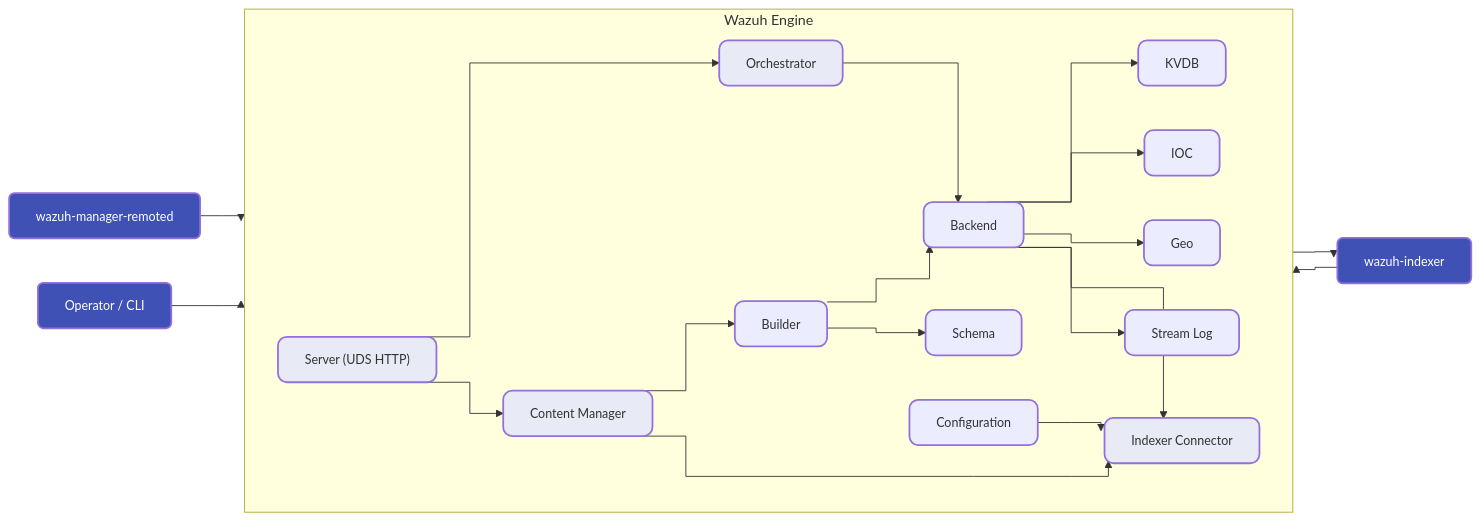
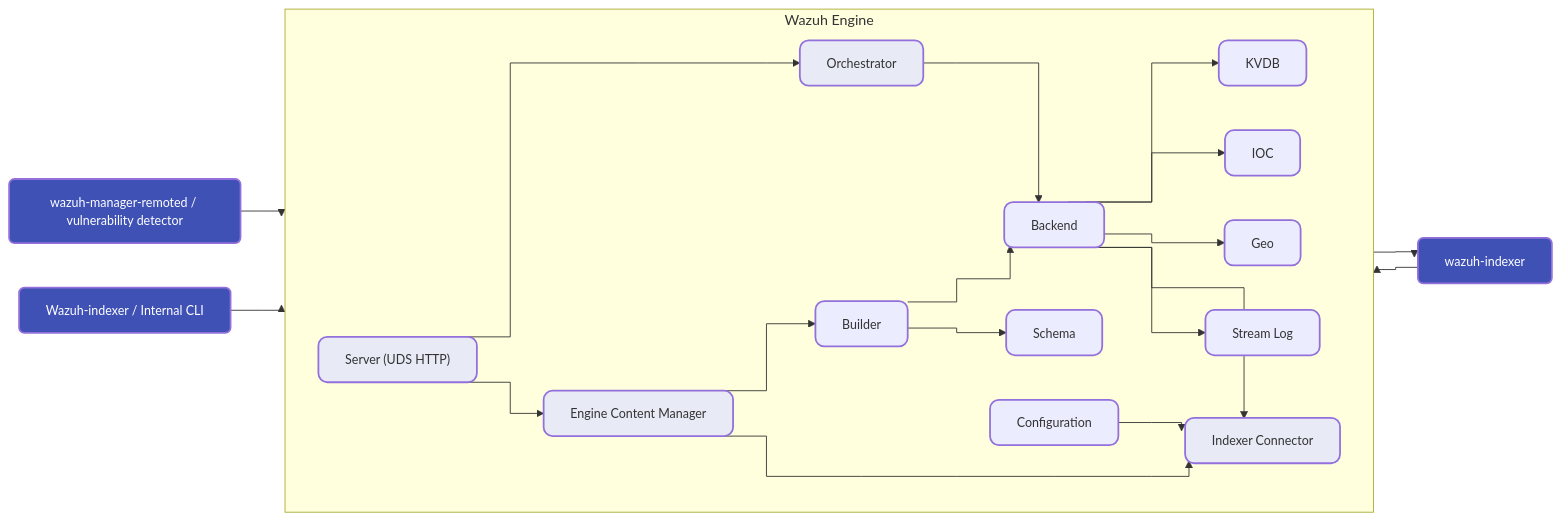
The first of 3 diagrams in docs/ref/modules/engine/architecture.md (wazuh/wazuh), drawn with Mermaid before and after one commit. The commit also changed other lines of this file and 3 other files, not shown here.

````diff
--- a/docs/ref/modules/engine/architecture.md
+++ b/docs/ref/modules/engine/architecture.md
@@ -13,52 +17,52 @@
 ```mermaid
 ---
 config:
   flowchart:
     curve: stepAfter
 ---
 flowchart LR
 
 classDef ExternalClass font-size:14px,stroke-width:2px,fill:#3f51b5,color:#fff,rx:6,ry:6
 classDef ModuleClass font-size:14px,stroke-width:2px,rx:10,ry:10
 classDef HubClass font-size:14px,stroke-width:2px,fill:#e8eaf6,rx:10,ry:10
 
-remoted["wazuh-manager-remoted"]:::ExternalClass
-operator["Operator / CLI"]:::ExternalClass
+remoted["wazuh-manager-remoted / vulnerability detector"]:::ExternalClass
+operator["Wazuh-indexer / Internal CLI"]:::ExternalClass
 indexer["wazuh-indexer"]:::ExternalClass
 
 subgraph engine["Wazuh Engine"]
   direction LR
 
   server["Server (UDS HTTP)"]:::HubClass
   orchestrator["Orchestrator"]:::HubClass
   backend["Backend"]:::ModuleClass
   builder["Builder"]:::ModuleClass
   schema["Schema"]:::ModuleClass
-  cm["Content Manager"]:::HubClass
+  cm["Engine Content Manager"]:::HubClass
   kvdb["KVDB"]:::ModuleClass
   ioc["IOC"]:::ModuleClass
   geo["Geo"]:::ModuleClass
   ic["Indexer Connector"]:::HubClass
   streamlog["Stream Log"]:::ModuleClass
   conf["Configuration"]:::ModuleClass
 
   server --> orchestrator
   server --> cm
   orchestrator --> backend
   cm --> builder
   builder --> backend
   builder --> schema
   backend --> kvdb
   backend --> ioc
   backend --> geo
   backend --> ic
   backend --> streamlog
   cm --> ic
   conf --> ic
 end
 
 remoted --> server
 operator --> server
 ic --> indexer
 indexer --> ic
 ```
````
